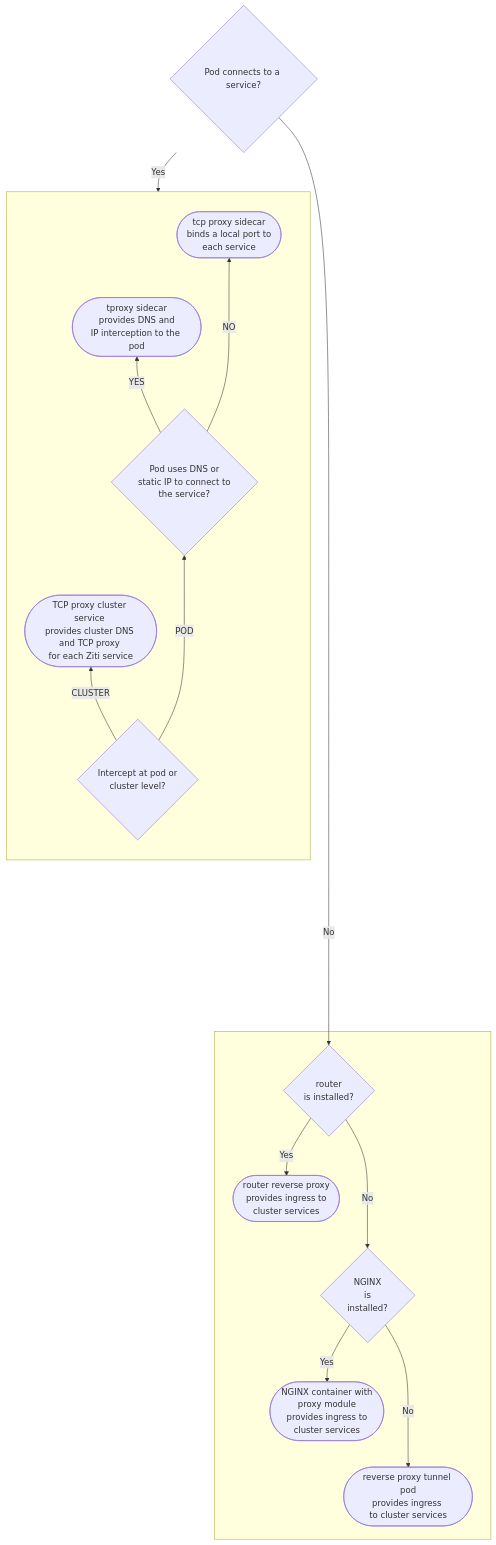
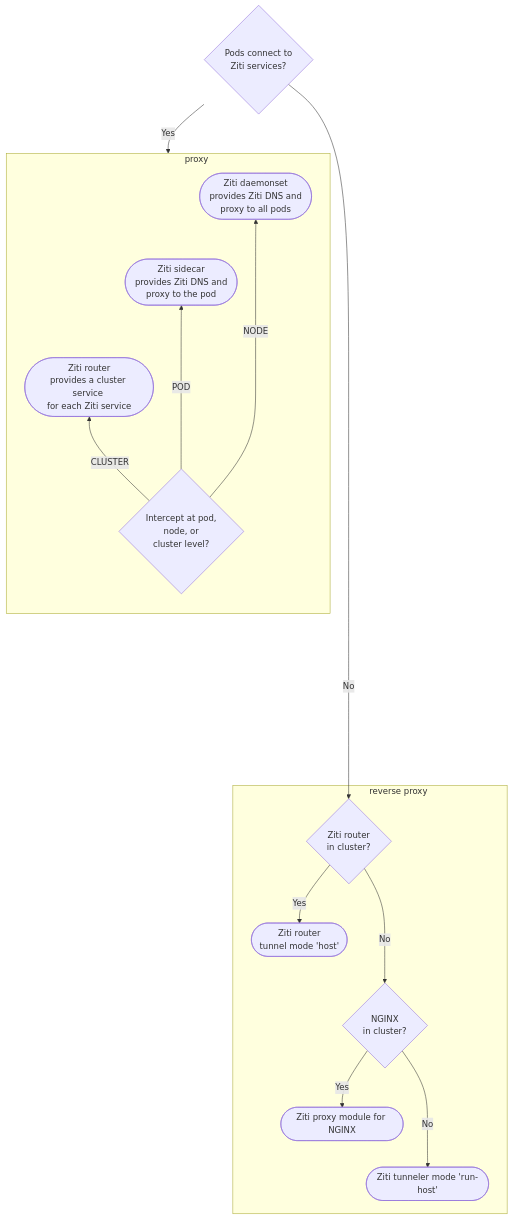
Before and after one commit to openziti/ziti-doc: the diagram in docusaurus/docs/reference/tunnelers/80-kubernetes/index.mdx, drawn with Mermaid. The commit also changed other lines of this file, not shown here.

Commit message:
re-add the node proxy now that it's fixed

````diff
--- a/docusaurus/docs/reference/tunnelers/80-kubernetes/index.mdx
+++ b/docusaurus/docs/reference/tunnelers/80-kubernetes/index.mdx
@@ -8,26 +8,26 @@
 ```mermaid
-graph TB; 
-  A{Pod connects to a service?}
-  A -- Yes --> B{Intercept at pod or </br>cluster level?}
-  subgraph egressGraph ["&nbsp;"]
+graph TB;
+  A{Pods connect to <br/>Ziti services?}
+  A -- Yes --> B{Intercept at pod,<br/>node, or <br/>cluster level?}
+  subgraph egressGraph ["&nbsp;&nbsp;&nbsp;&nbsp;&nbsp;&nbsp;&nbsp;&nbsp;&nbsp;&nbsp;&nbsp;&nbsp;&nbsp;&nbsp;&nbsp;&nbsp;&nbsp;&nbsp;&nbsp;&nbsp;&nbsp;proxy"]
     direction BT
-    B -- CLUSTER --> F(["TCP proxy cluster service </br>provides cluster DNS and TCP proxy </br>for each Ziti service"])
-    B -- POD ---> G{Pod uses DNS or </br>static IP to connect to </br>the service?}
-    G -- YES --> H(["tproxy sidecar</br> provides DNS and </br>IP interception to the pod"])
-    G -- NO ---> I(["tcp proxy sidecar</br>binds a local port to </br>each service"])
+    B -- POD ---> H(["Ziti sidecar<br/> provides Ziti DNS and <br/>proxy to the pod"])
+    B -- CLUSTER --> F(["Ziti router<br/>provides a cluster service <br/>for each Ziti service"])
+    B -- NODE ----> G(["Ziti daemonset<br/>provides Ziti DNS and <br/>proxy to all pods"])
   end
   class egressGraph subgraphClass
-  A -- No --------> K{router </br>is installed?}
-  subgraph ingressGraph ["&nbsp;"]
-    K -- Yes --> J([router reverse proxy </br>provides ingress to</br>cluster services])
-    K -- No ---> C{NGINX </br>is </br>installed?}
-    C -- Yes --> D([NGINX container with </br>proxy module </br>provides ingress to</br>cluster services])
-    C -- No ---> E([reverse proxy tunnel pod</br>provides ingress </br>to cluster services])
+  A -- No --------> K{Ziti router <br/>in cluster?}
+  subgraph ingressGraph ["&nbsp;&nbsp;&nbsp;&nbsp;&nbsp;&nbsp;&nbsp;&nbsp;&nbsp;&nbsp;&nbsp;&nbsp;&nbsp;&nbsp;&nbsp;&nbsp;&nbsp;&nbsp;&nbsp;&nbsp;&nbsp;reverse proxy"]
+    K -- Yes --> J([Ziti router<br/>tunnel mode 'host'])
+    K -- No ---> C{NGINX <br/>in cluster?}
+    C -- Yes --> D([Ziti proxy module for NGINX])
+    C -- No ---> E([Ziti tunneler mode 'run-host'])
   end
   click D "#nginx-proxy-module" "NGINX Module"
   click E "#reverse-proxy-tunnel-pod" "ziti-host"
   click F "#tcp-proxy-cluster-service" "cluster proxy"
+  click G "#node-proxy-daemonset" "node proxy daemonset"
   click H "#transparent-proxy-sidecar" "transparent sidecar"
   click I "#tcp-proxy-sidecar" "loopback sidecar"
   click J "#reverse-proxy-router-pod" "cluster reverse proxy"
 ```
````
